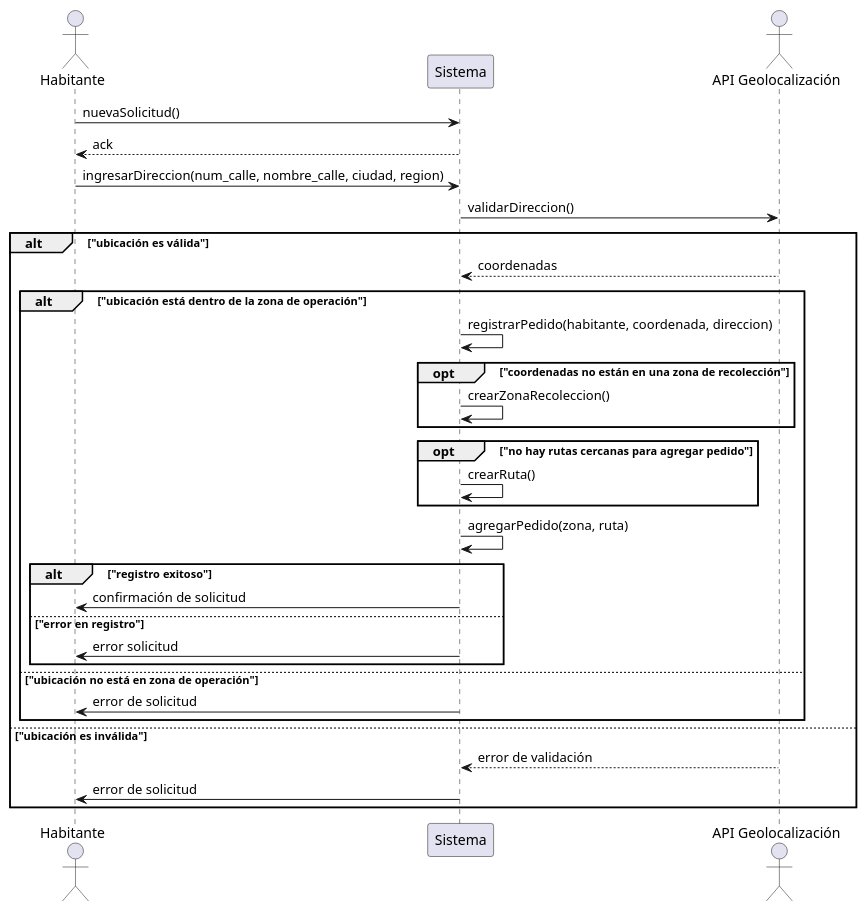
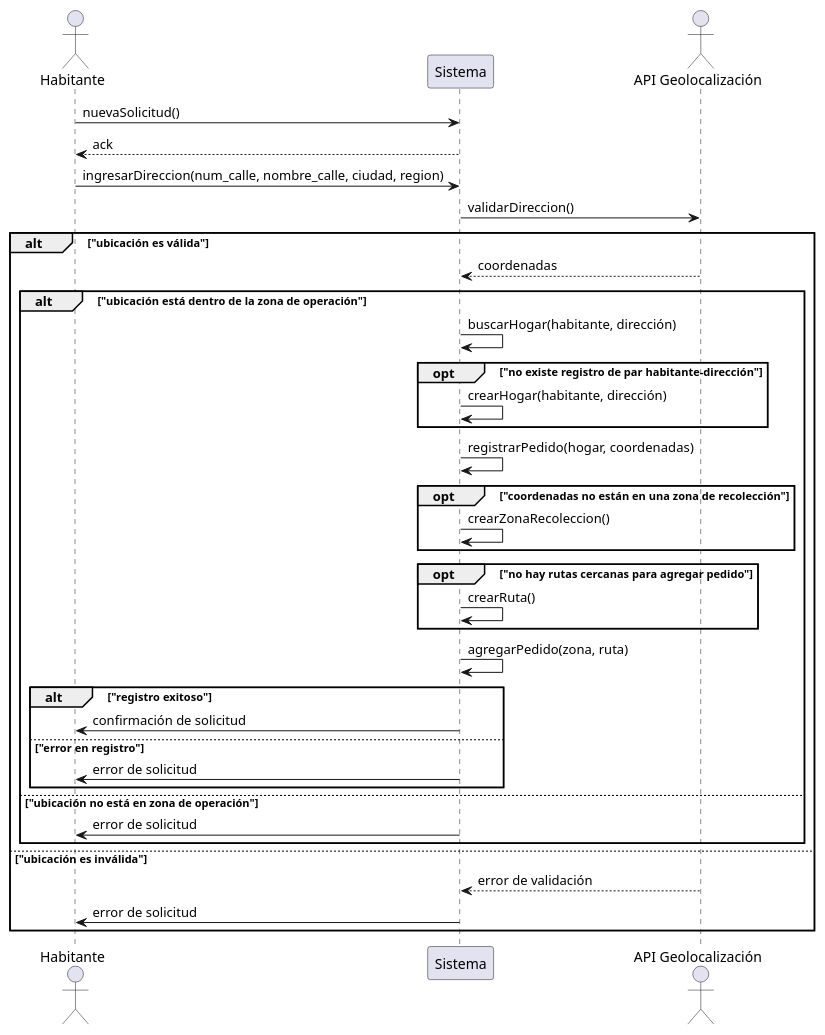
One commit to parlinhoo/ing-software1 changed the diagram in dss.puml. Above: the diagram before and after it, drawn with PlantUML.

Commit message:
Mensajes relacionados a Hogar

```diff
--- a/dss.puml
+++ b/dss.puml
@@ -1,39 +1,45 @@
 @startuml
 actor Habitante                 as Habitante
 participant Sistema             as Sistema
 actor "API Geolocalización"     as api_geo
 
 Habitante -> Sistema: nuevaSolicitud()
 Sistema --> Habitante: ack
 Habitante -> Sistema: ingresarDireccion(num_calle, nombre_calle, ciudad, region)
 Sistema -> api_geo: validarDireccion()
 
 alt "ubicación es válida"
 	api_geo --> Sistema: coordenadas
 	alt "ubicación está dentro de la zona de operación"
-		Sistema -> Sistema: registrarPedido(habitante, coordenada, direccion)
+	    Sistema -> Sistema: buscarHogar(habitante, dirección)
+	    
+	    opt "no existe registro de par habitante-dirección"
+	        Sistema -> Sistema: crearHogar(habitante, dirección)    
+	    end
+	   
+		Sistema -> Sistema: registrarPedido(hogar, coordenadas)
 		
 		opt "coordenadas no están en una zona de recolección"
-				Sistema -> Sistema: crearZonaRecoleccion()
+			Sistema -> Sistema: crearZonaRecoleccion()
 		end
 		
 		opt "no hay rutas cercanas para agregar pedido"
-				Sistema -> Sistema: crearRuta()
+			Sistema -> Sistema: crearRuta()
 		end
 		
 		Sistema -> Sistema: agregarPedido(zona, ruta)
 		
 		alt "registro exitoso"
 				Sistema -> Habitante: confirmación de solicitud
 		else "error en registro"
-				Sistema -> Habitante: error solicitud
+				Sistema -> Habitante: error de solicitud
 		end
 	else "ubicación no está en zona de operación"
 		Sistema -> Habitante: error de solicitud
 	end
 else "ubicación es inválida"
 	api_geo --> Sistema: error de validación
 	Sistema -> Habitante: error de solicitud
 end
 
 @enduml
```
